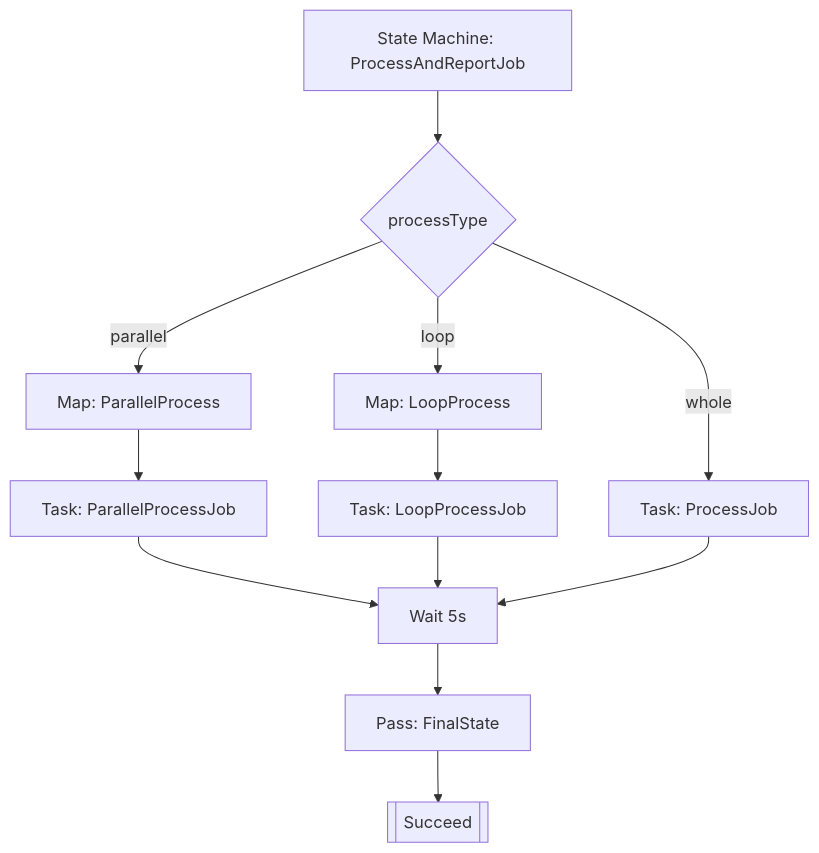
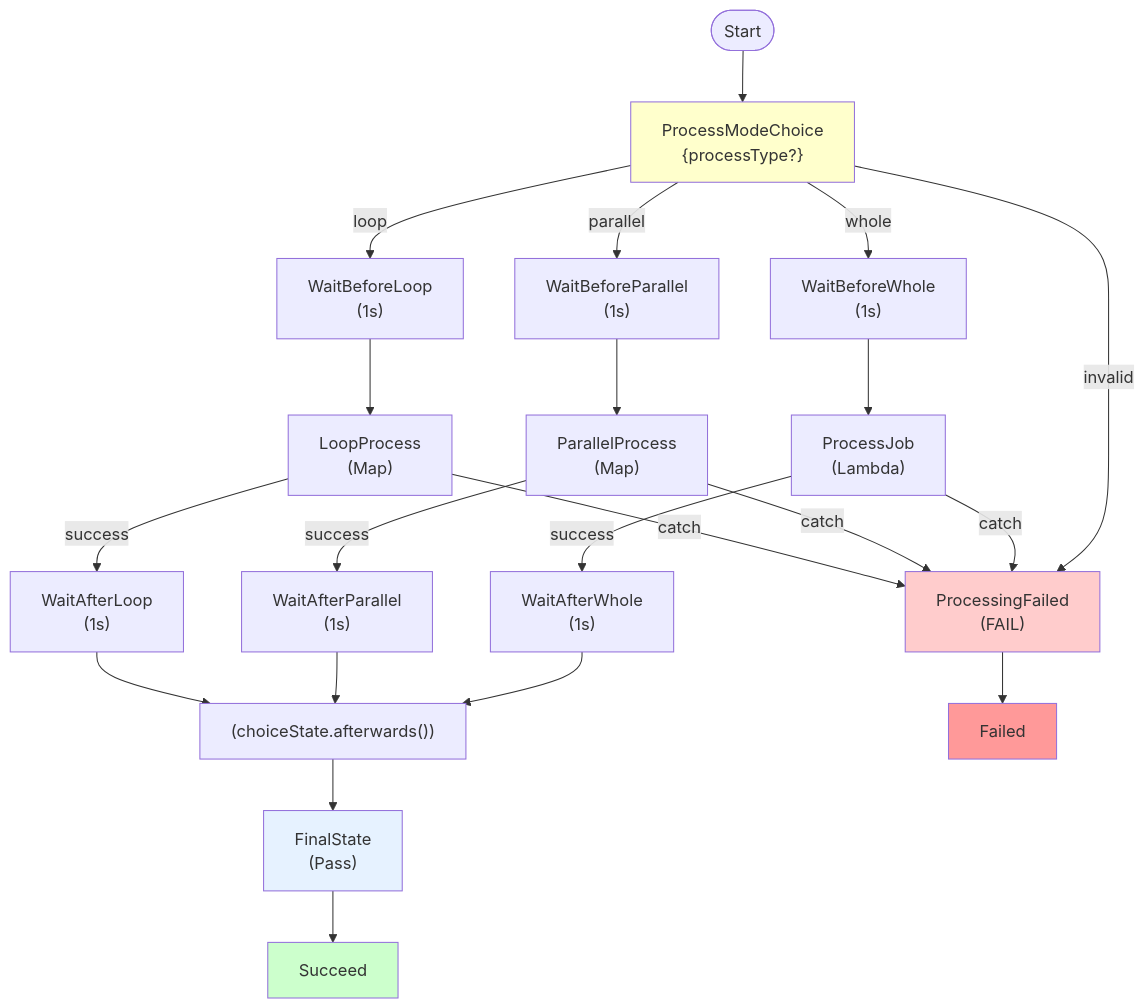
The diagram in README.md (tanglin0123/step), drawn with Mermaid before and after one commit. The commit also changed other lines of this file and 1 other file, not shown here.

Commit message:
Update documents

````diff
--- a/README.md
+++ b/README.md
@@ -15,24 +15,38 @@
 ```mermaid
 flowchart TD
-  SFN[State Machine: ProcessAndReportJob]
-  Choice{processType}
-  ParallelMap[Map: ParallelProcess]
-  LoopMap[Map: LoopProcess]
-  ProcessJob[Task: ProcessJob]
-  ParallelProcessJob[Task: ParallelProcessJob]
-  LoopProcessJob[Task: LoopProcessJob]
-  Wait[Wait 5s]
-  FinalPass[Pass: FinalState]
-  Succeed[[Succeed]]
-
-  SFN --> Choice
-  Choice --> |parallel| ParallelMap
-  Choice --> |loop| LoopMap
-  Choice --> |whole| ProcessJob
-
-  ParallelMap --> ParallelProcessJob --> Wait
-  LoopMap --> LoopProcessJob --> Wait
-  ProcessJob --> Wait
-
-  Wait --> FinalPass --> Succeed
+  Start([Start]) --> Choice["ProcessModeChoice<br/>{processType?}"]
+  
+  Choice -->|invalid| Fail["ProcessingFailed<br/>(FAIL)"]
+  
+  Choice -->|whole| WaitBW["WaitBeforeWhole<br/>(1s)"]
+  Choice -->|parallel| WaitBP["WaitBeforeParallel<br/>(1s)"]
+  Choice -->|loop| WaitBL["WaitBeforeLoop<br/>(1s)"]
+  
+  WaitBW --> ProcessJob["ProcessJob<br/>(Lambda)"]
+  WaitBP --> ParallelMap["ParallelProcess<br/>(Map)"]
+  WaitBL --> LoopMap["LoopProcess<br/>(Map)"]
+  
+  ProcessJob -->|success| WaitAW["WaitAfterWhole<br/>(1s)"]
+  ProcessJob -->|catch| Fail
+  
+  ParallelMap -->|success| WaitAP["WaitAfterParallel<br/>(1s)"]
+  ParallelMap -->|catch| Fail
+  
+  LoopMap -->|success| WaitAL["WaitAfterLoop<br/>(1s)"]
+  LoopMap -->|catch| Fail
+  
+  WaitAW --> Converge["(choiceState.afterwards())"]
+  WaitAP --> Converge
+  WaitAL --> Converge
+  
+  Converge --> FinalState["FinalState<br/>(Pass)"]
+  
+  FinalState --> Succeed["Succeed"]
+  Fail --> Failed["Failed"]
+  
+  style Fail fill:#ffcccc
+  style Failed fill:#ff9999
+  style Succeed fill:#ccffcc
+  style Choice fill:#ffffcc
+  style FinalState fill:#e6f2ff
 ```
````
